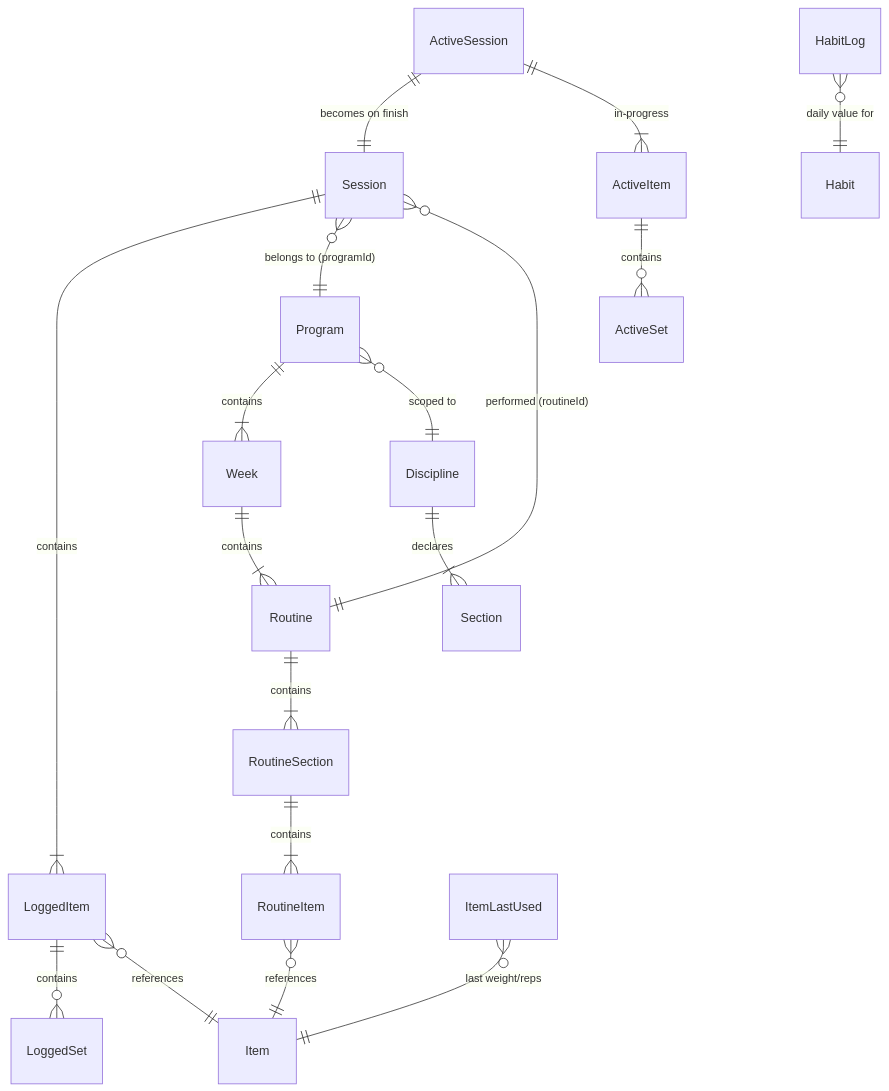
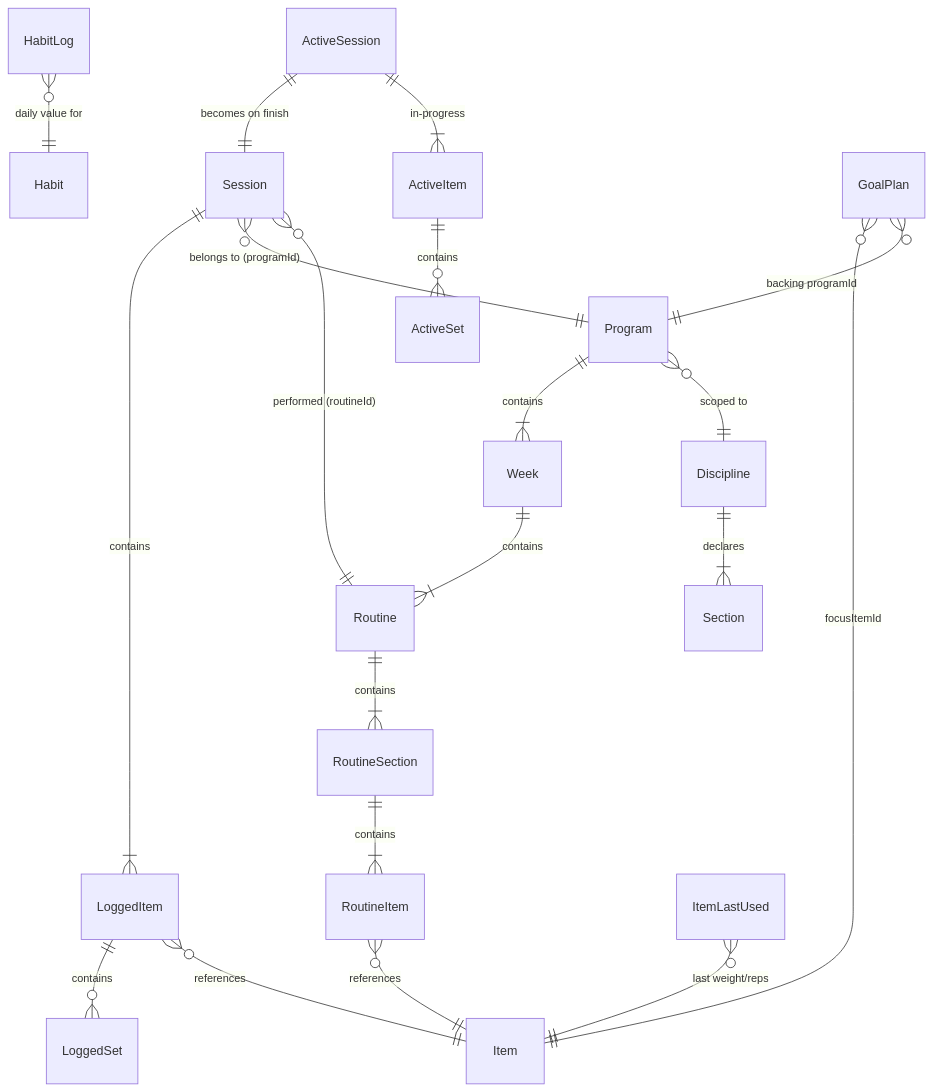
One commit to jermbo/CosmicWorkOut changed the diagram in docs/architecture/data-model.md. Above: the diagram before and after it, drawn with Mermaid. The commit also changed other lines of this file and 19 other files, not shown here.

````diff
--- a/docs/architecture/data-model.md
+++ b/docs/architecture/data-model.md
@@ -336,20 +399,22 @@
 ```mermaid
 erDiagram
     Discipline ||--|{ Section : declares
     Program }o--|| Discipline : "scoped to"
     Program ||--|{ Week : contains
     Week ||--|{ Routine : contains
     Routine ||--|{ RoutineSection : contains
     RoutineSection ||--|{ RoutineItem : contains
     RoutineItem }o--|| Item : references
     Session }o--|| Routine : "performed (routineId)"
     Session }o--|| Program : "belongs to (programId)"
     Session ||--|{ LoggedItem : contains
     LoggedItem }o--|| Item : references
     LoggedItem ||--o{ LoggedSet : contains
     ActiveSession ||--|{ ActiveItem : "in-progress"
     ActiveItem ||--o{ ActiveSet : contains
     ActiveSession ||--|| Session : "becomes on finish"
     ItemLastUsed }o--|| Item : "last weight/reps"
     HabitLog }o--|| Habit : "daily value for"
+    GoalPlan }o--|| Program : "backing programId"
+    GoalPlan }o--|| Item : "focusItemId"
 ```
````
